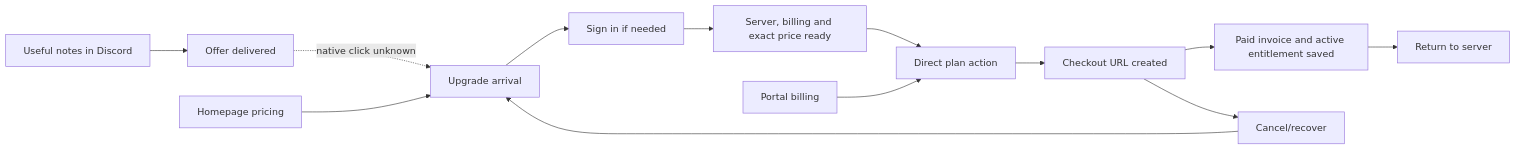
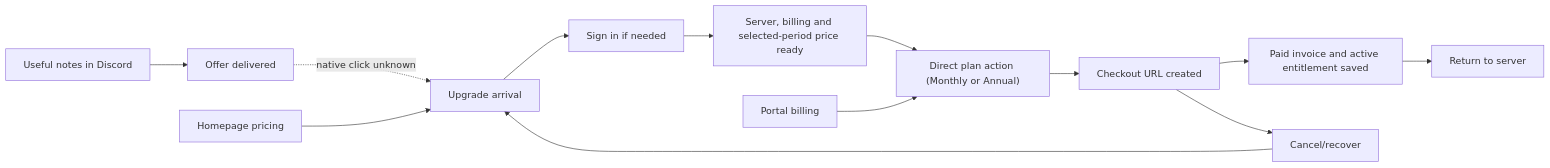
Before and after one commit to Chronote-gg/Chronote: the diagram in docs/purchase-analytics.md, drawn with Mermaid. The commit also changed other lines of this file and 35 other files, not shown here.

Commit message:
Refine upgrade billing selector and show annual savings

````diff
--- a/docs/purchase-analytics.md
+++ b/docs/purchase-analytics.md
@@ -14,11 +14,11 @@
 ```mermaid
 flowchart LR
   Discord["Useful notes in Discord"] --> Offer["Offer delivered"]
   Offer -. "native click unknown" .-> Arrival["Upgrade arrival"]
   Home["Homepage pricing"] --> Arrival
-  Arrival --> Auth["Sign in if needed"] --> Ready["Server, billing and exact price ready"]
-  Ready --> Click["Direct plan action"] --> Checkout["Checkout URL created"]
+  Arrival --> Auth["Sign in if needed"] --> Ready["Server, billing and selected-period price ready"]
+  Ready --> Click["Direct plan action (Monthly or Annual)"] --> Checkout["Checkout URL created"]
   Billing["Portal billing"] --> Click
   Checkout --> Paid["Paid invoice and active entitlement saved"] --> Return["Return to server"]
   Checkout --> Cancel["Cancel/recover"] --> Arrival
 ```
````
